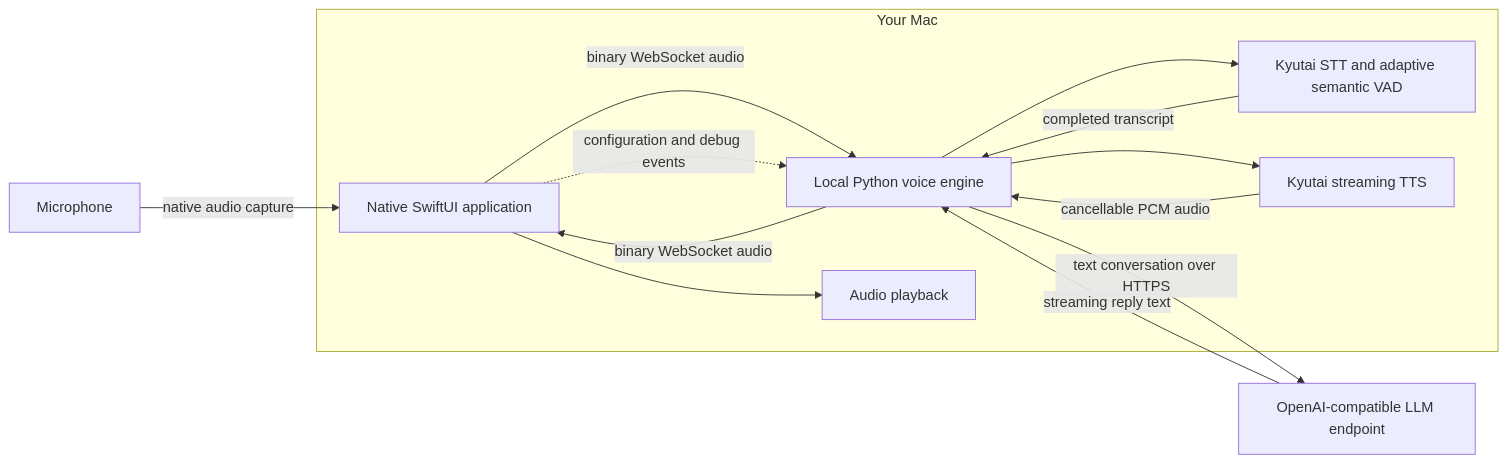
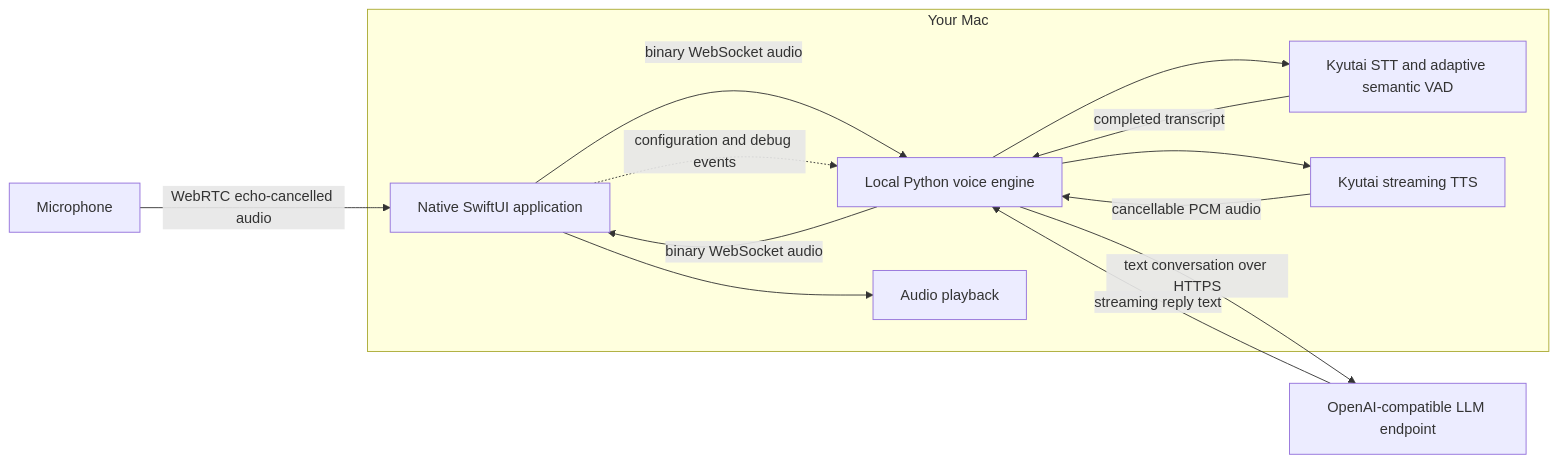
One commit to sujalmandal/chirpy changed the diagram in README.md. Above: the diagram before and after it, drawn with Mermaid. The commit also changed other lines of this file and 4 other files, not shown here.

Commit message:
Route voice audio through WebRTC echo cancellation

````diff
--- a/README.md
+++ b/README.md
@@ -19,24 +20,24 @@
 ```mermaid
 flowchart LR
-    microphone[Microphone] -->|native audio capture| app
+    microphone[Microphone] -->|WebRTC echo-cancelled audio| app
 
     subgraph mac[Your Mac]
         app[Native SwiftUI application]
         engine[Local Python voice engine]
         stt[Kyutai STT and adaptive semantic VAD]
         tts[Kyutai streaming TTS]
         output[Audio playback]
 
         app -->|binary WebSocket audio| engine
         engine --> stt
         stt -->|completed transcript| engine
         engine --> tts
         tts -->|cancellable PCM audio| engine
         engine -->|binary WebSocket audio| app
         app --> output
     end
 
     engine -->|text conversation over HTTPS| llm[OpenAI-compatible LLM endpoint]
     llm -->|streaming reply text| engine
     app -.->|configuration and debug events| engine
 ```
````
